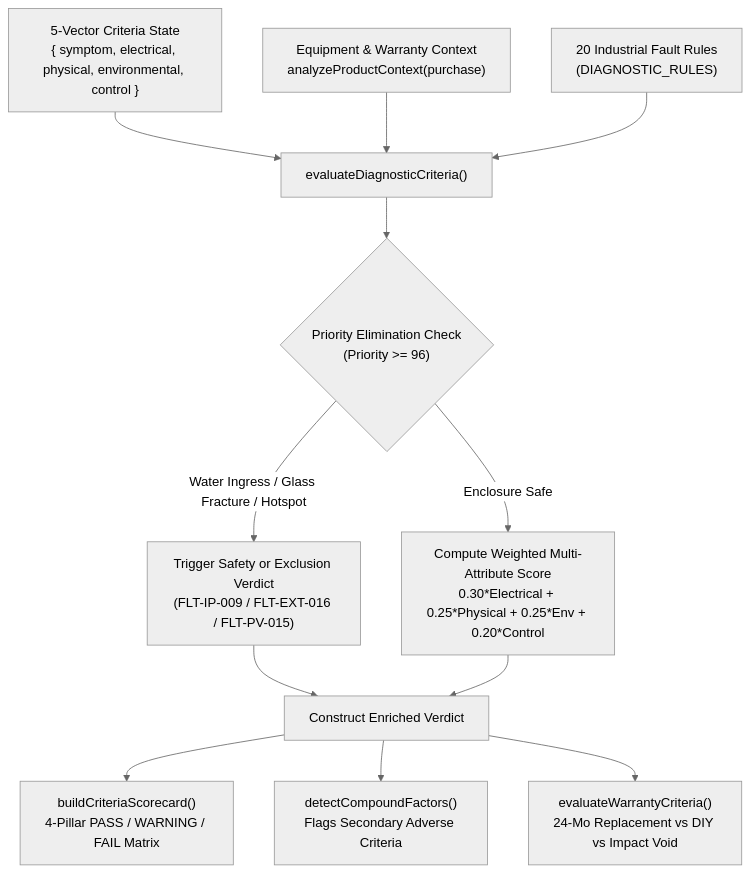
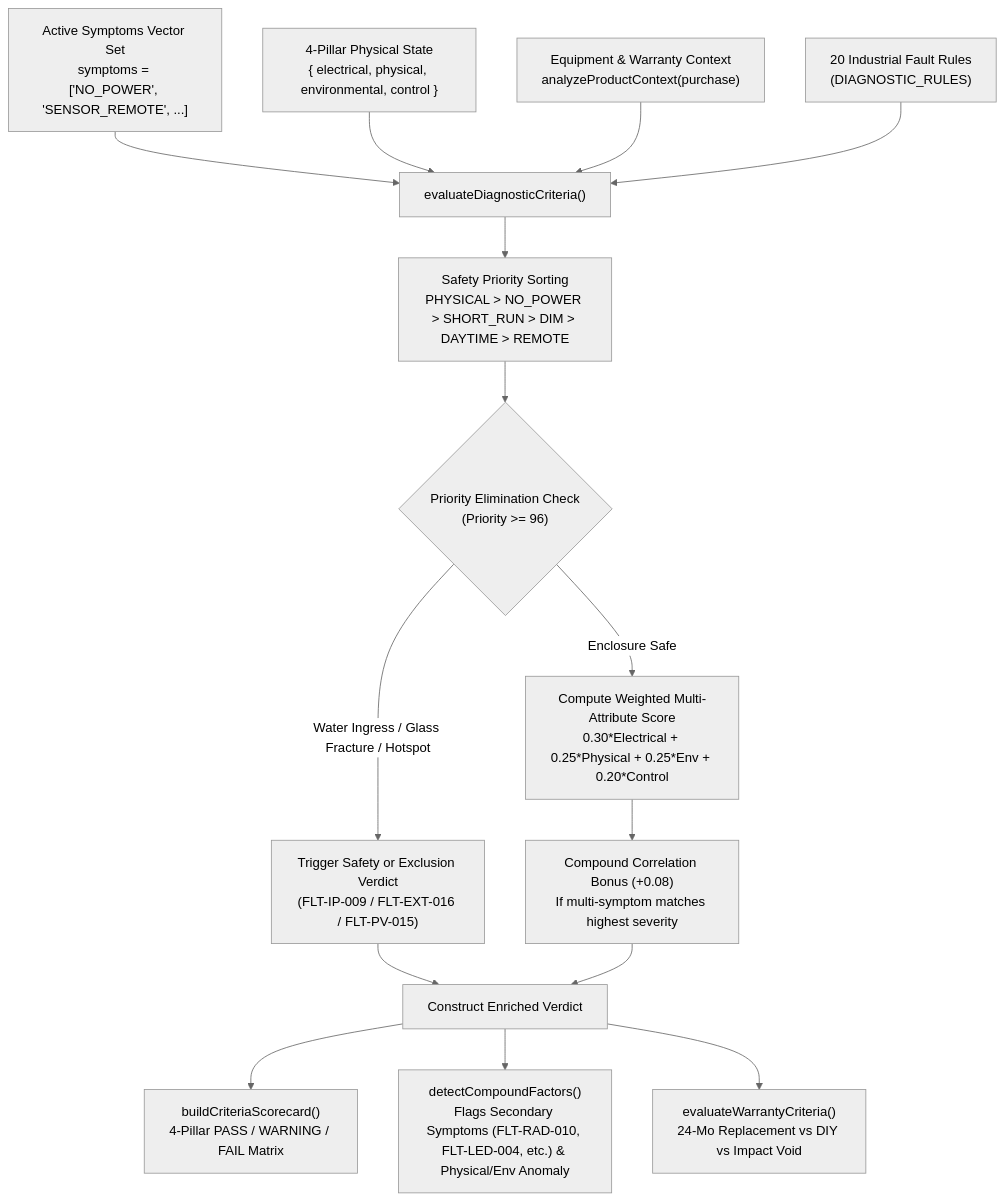
Before and after one commit to Ram-Gold/Solar_App_Capstone_Project: the diagram in docs/troubleshooting_diagnostic_guide.md, drawn with Mermaid (neutral theme). The commit also changed other lines of this file and 7 other files, not shown here.

Commit message:
feat: support multi-symptom composite scoring and priority branching in diagnostic engine

````diff
--- a/docs/troubleshooting_diagnostic_guide.md
+++ b/docs/troubleshooting_diagnostic_guide.md
@@ -63,21 +65,24 @@
 ```mermaid
 flowchart TD
-    INPUT["5-Vector Criteria State<br>{ symptom, electrical, physical, environmental, control }"]
+    INPUT["Active Symptoms Vector Set<br>symptoms = ['NO_POWER', 'SENSOR_REMOTE', ...]"]
+    PILLARS["4-Pillar Physical State<br>{ electrical, physical, environmental, control }"]
     CTX["Equipment & Warranty Context<br>analyzeProductContext(purchase)"]
     RULES["20 Industrial Fault Rules<br>(DIAGNOSTIC_RULES)"]
 
-    INPUT --> ENGINE["evaluateDiagnosticCriteria()"]
-    CTX --> ENGINE
-    RULES --> ENGINE
+    INPUT & PILLARS & CTX & RULES --> ENGINE["evaluateDiagnosticCriteria()"]
 
-    ENGINE --> ELIM{"Priority Elimination Check<br>(Priority >= 96)"}
+    ENGINE --> SORT["Safety Priority Sorting<br>PHYSICAL > NO_POWER > SHORT_RUN > DIM > DAYTIME > REMOTE"]
+    SORT --> ELIM{"Priority Elimination Check<br>(Priority >= 96)"}
+
     ELIM -- "Water Ingress / Glass Fracture / Hotspot" --> PRIORITY["Trigger Safety or Exclusion Verdict<br>(FLT-IP-009 / FLT-EXT-016 / FLT-PV-015)"]
     ELIM -- "Enclosure Safe" --> WEIGHTED["Compute Weighted Multi-Attribute Score<br>0.30*Electrical + 0.25*Physical + 0.25*Env + 0.20*Control"]
 
+    WEIGHTED --> BONUS["Compound Correlation Bonus (+0.08)<br>If multi-symptom matches highest severity"]
+
     PRIORITY --> OUTPUT["Construct Enriched Verdict"]
-    WEIGHTED --> OUTPUT
+    BONUS --> OUTPUT
 
     OUTPUT --> SCORECARD["buildCriteriaScorecard()<br>4-Pillar PASS / WARNING / FAIL Matrix"]
-    OUTPUT --> COMPOUND["detectCompoundFactors()<br>Flags Secondary Adverse Criteria"]
+    OUTPUT --> COMPOUND["detectCompoundFactors()<br>Flags Secondary Symptoms (FLT-RAD-010, FLT-LED-004, etc.) & Physical/Env Anomaly"]
     OUTPUT --> WARRANTY["evaluateWarrantyCriteria()<br>24-Mo Replacement vs DIY vs Impact Void"]
 ```
````
